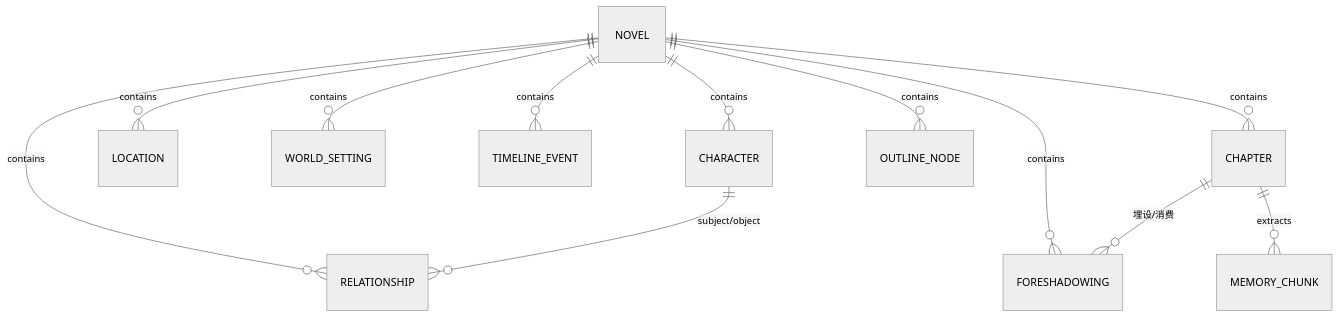
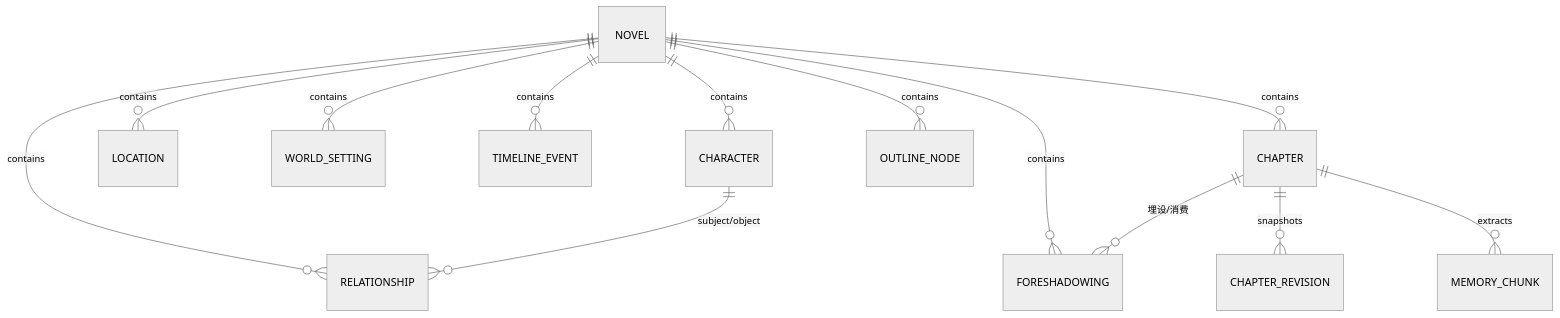
The diagram in docs/03-数据模型.md (teagreen0424-collab/Write), drawn with Mermaid (neutral theme) before and after one commit. The commit also changed other lines of this file and 17 other files, not shown here.

````diff
--- a/docs/03-数据模型.md
+++ b/docs/03-数据模型.md
@@ -9,14 +9,15 @@
 ```mermaid
 erDiagram
     NOVEL ||--o{ CHARACTER : contains
     NOVEL ||--o{ LOCATION : contains
     NOVEL ||--o{ WORLD_SETTING : contains
     NOVEL ||--o{ TIMELINE_EVENT : contains
     NOVEL ||--o{ FORESHADOWING : contains
     NOVEL ||--o{ CHAPTER : contains
+    CHAPTER ||--o{ CHAPTER_REVISION : snapshots
     NOVEL ||--o{ OUTLINE_NODE : contains
     NOVEL ||--o{ RELATIONSHIP : contains
     CHARACTER ||--o{ RELATIONSHIP : "subject/object"
     CHAPTER ||--o{ FORESHADOWING : "埋设/消费"
     CHAPTER ||--o{ MEMORY_CHUNK : extracts
 ```
````
